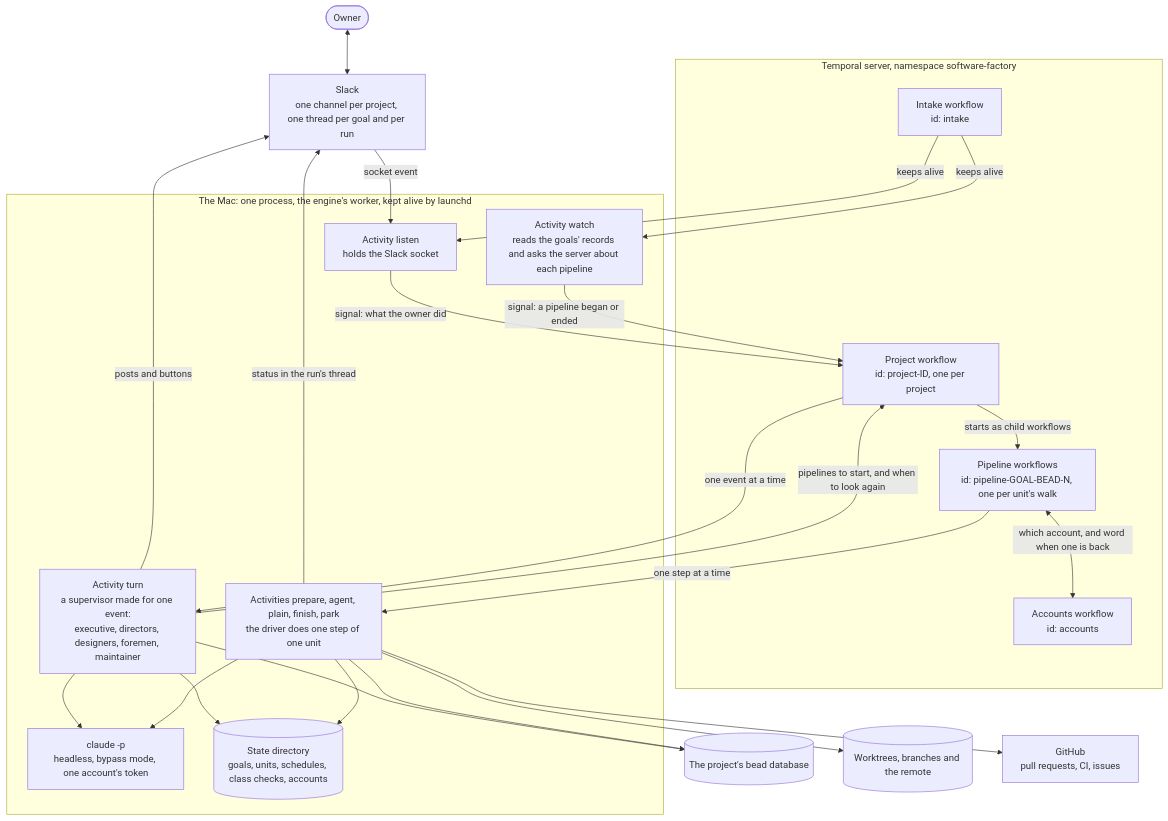
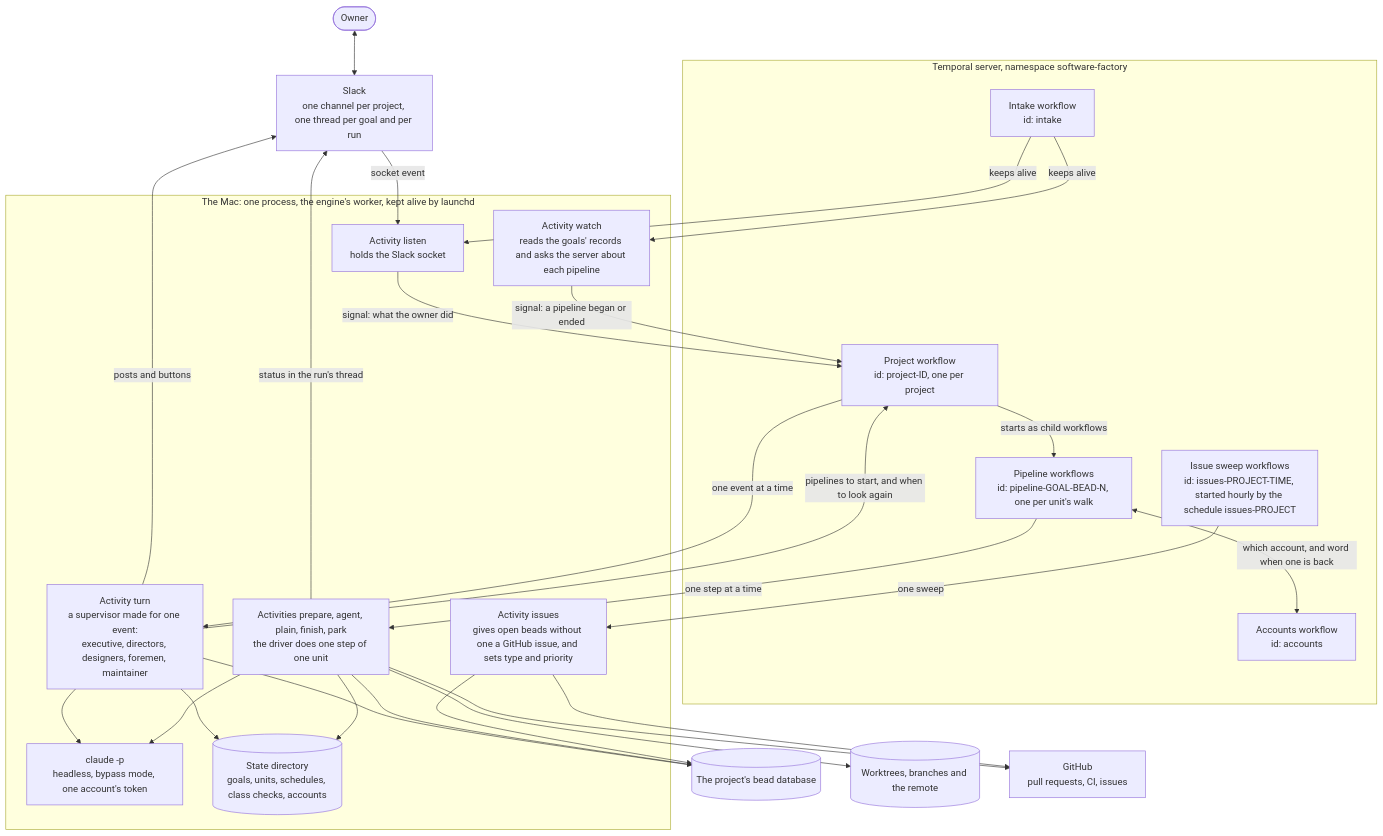
Before and after one commit to mikeacjones/software-factory: the first of 7 diagrams in docs/how-it-works.md, drawn with Mermaid. The commit also changed 17 other files, not shown here.

````diff
--- a/docs/how-it-works.md
+++ b/docs/how-it-works.md
@@ -12,47 +12,52 @@
 ```mermaid
 flowchart TB
     owner(["Owner"])
     slack["Slack<br/>one channel per project, one thread per goal and per run"]
 
     subgraph server["Temporal server, namespace software-factory"]
         intake["Intake workflow<br/>id: intake"]
         project["Project workflow<br/>id: project-ID, one per project"]
         pipeline["Pipeline workflows<br/>id: pipeline-GOAL-BEAD-N, one per unit's walk"]
         accounts["Accounts workflow<br/>id: accounts"]
+        sweep["Issue sweep workflows<br/>id: issues-PROJECT-TIME, started hourly by the schedule issues-PROJECT"]
     end
 
     subgraph worker["The Mac: one process, the engine's worker, kept alive by launchd"]
         listen["Activity listen<br/>holds the Slack socket"]
         watch["Activity watch<br/>reads the goals' records and asks the server about each pipeline"]
         turn["Activity turn<br/>a supervisor made for one event:<br/>executive, directors, designers, foremen, maintainer"]
         steps["Activities prepare, agent, plain, finish, park<br/>the driver does one step of one unit"]
+        issues["Activity issues<br/>gives open beads without one a GitHub issue, and sets type and priority"]
         claude["claude -p<br/>headless, bypass mode, one account's token"]
         records[("State directory<br/>goals, units, schedules, class checks, accounts")]
     end
 
     beads[("The project's bead database")]
     git[("Worktrees, branches and the remote")]
     github["GitHub<br/>pull requests, CI, issues"]
 
     owner <--> slack
     slack -->|"socket event"| listen
     intake -->|"keeps alive"| listen
     intake -->|"keeps alive"| watch
     listen -->|"signal: what the owner did"| project
     watch -->|"signal: a pipeline began or ended"| project
     project -->|"one event at a time"| turn
     turn -->|"pipelines to start, and when to look again"| project
     project -->|"starts as child workflows"| pipeline
     pipeline -->|"one step at a time"| steps
     pipeline <-->|"which account, and word when one is back"| accounts
     turn --> claude
     steps --> claude
     turn --> records
     steps --> records
     turn --> beads
     steps --> beads
     steps --> git
     steps --> github
+    sweep -->|"one sweep"| issues
+    issues --> beads
+    issues --> github
     turn -->|"posts and buttons"| slack
     steps -->|"status in the run's thread"| slack
 ```
````
